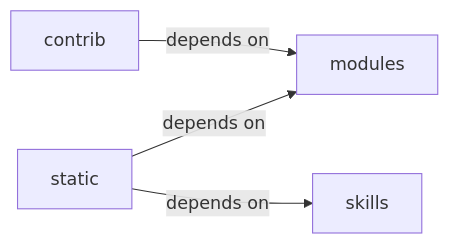
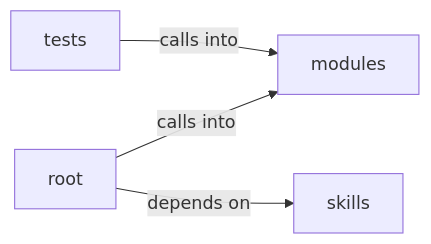
Before and after one commit to grisuno/LazyOwn: the diagram in readmenator-diagrams/skills_claude_md_orchestrator.md, drawn with Mermaid. The commit also changed other lines of this file and 1160 other files, not shown here.

````diff
--- a/readmenator-diagrams/skills_claude_md_orchestrator.md
+++ b/readmenator-diagrams/skills_claude_md_orchestrator.md
@@ -5,10 +5,10 @@
 ```mermaid
 graph LR
-    contrib["contrib"]
     modules["modules"]
+    root["root"]
     skills["skills"]
-    static["static"]
-    contrib -- "depends on" --> modules
-    static -- "depends on" --> modules
-    static -- "depends on" --> skills
+    tests["tests"]
+    root -- "calls into" --> modules
+    root -- "depends on" --> skills
+    tests -- "calls into" --> modules
 ```
````
